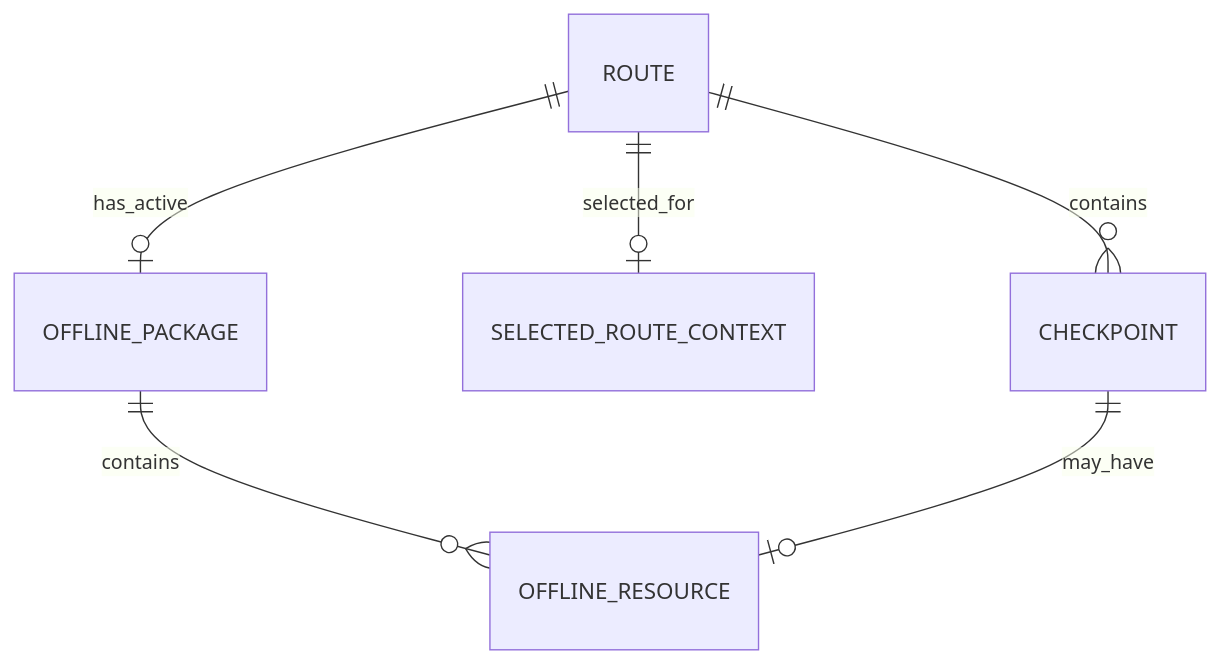
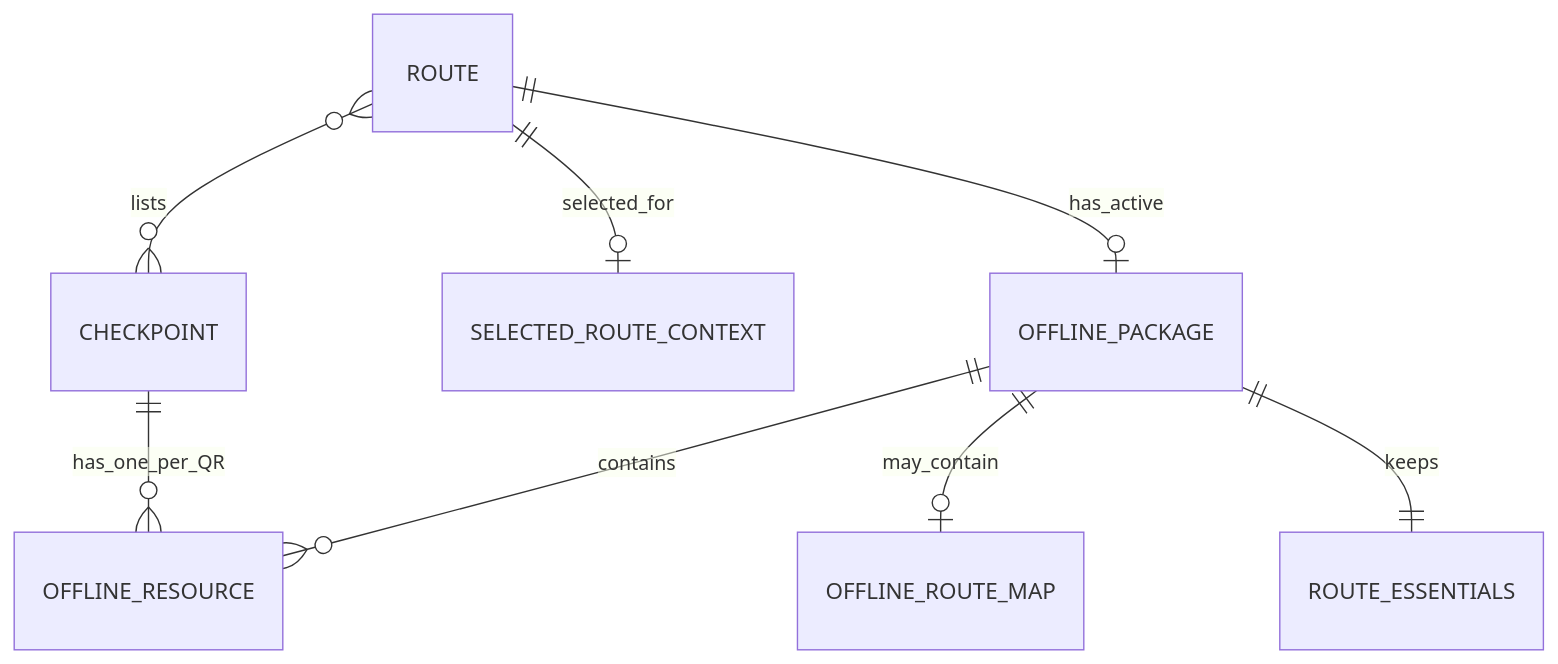
The fourth of 4 diagrams in docs/spec/spec-M01.md (MckhueVanPhuc/Refactor-Cuc-Phuong), drawn with Mermaid before and after one commit. The commit also changed other lines of this file and 2 other files, not shown here.

````diff
--- a/docs/spec/spec-M01.md
+++ b/docs/spec/spec-M01.md
@@ -393,8 +476,10 @@
 ```mermaid
 erDiagram
-    ROUTE ||--o{ CHECKPOINT : contains
+    ROUTE }o--o{ CHECKPOINT : lists
     ROUTE ||--o| SELECTED_ROUTE_CONTEXT : selected_for
     ROUTE ||--o| OFFLINE_PACKAGE : has_active
     OFFLINE_PACKAGE ||--o{ OFFLINE_RESOURCE : contains
-    CHECKPOINT ||--o| OFFLINE_RESOURCE : may_have
+    OFFLINE_PACKAGE ||--o| OFFLINE_ROUTE_MAP : may_contain
+    OFFLINE_PACKAGE ||--|| ROUTE_ESSENTIALS : keeps
+    CHECKPOINT ||--o{ OFFLINE_RESOURCE : has_one_per_QR
 ```
````
